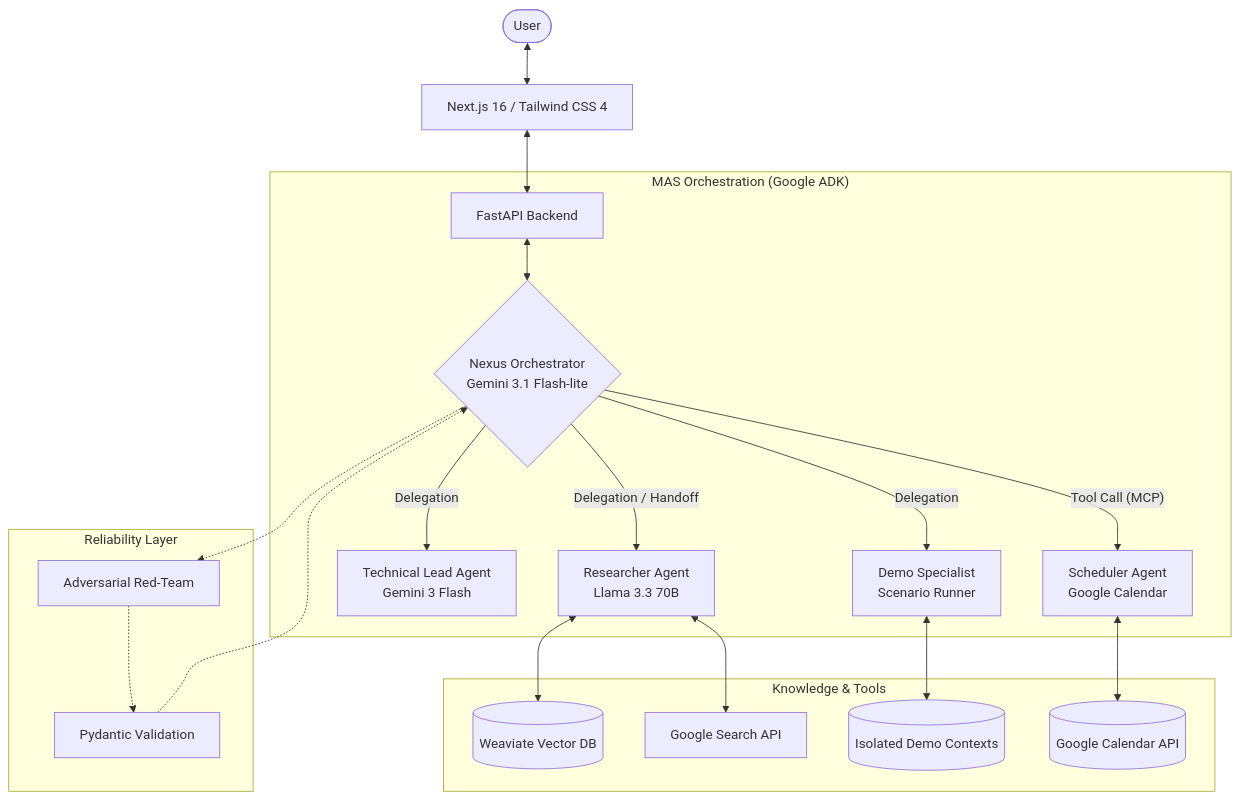
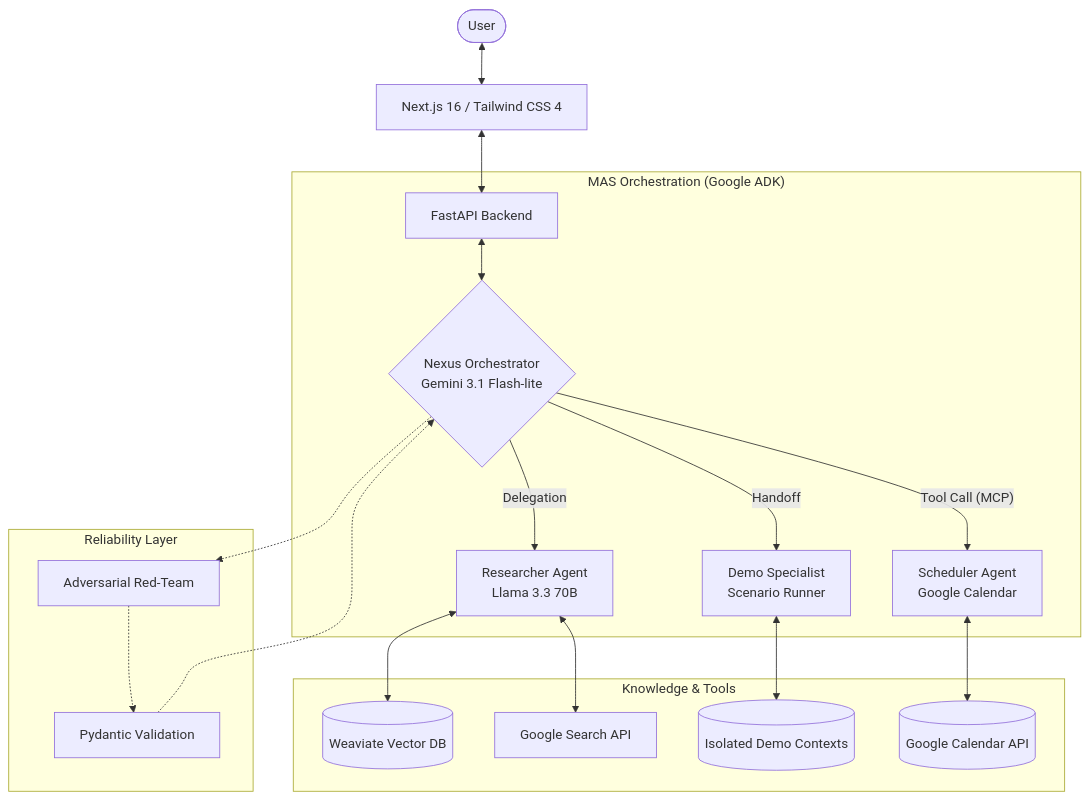
Before and after one commit to Hou-dini/project-mirror-overview: the diagram in README.md, drawn with Mermaid. The commit also changed other lines of this file, not shown here.

Commit message:
Revise MAS orchestration and update agent descriptions
Updated the delegation and handoff relationships in the MAS orchestration diagram. Removed the Technical Agent description.

````diff
--- a/README.md
+++ b/README.md
@@ -23,26 +23,25 @@
 ```mermaid
 graph TD
     User([User]) <--> Frontend[Next.js 16 / Tailwind CSS 4]
     Frontend <--> API[FastAPI Backend]
     
     subgraph "MAS Orchestration (Google ADK)"
         API <--> Nexus{Nexus Orchestrator<br/>Gemini 3.1 Flash-lite}
-        Nexus -- "Delegation / Handoff" --> Researcher[Researcher Agent<br/>Llama 3.3 70B]
-        Nexus -- "Delegation" --> TechLead[Technical Lead Agent<br/>Gemini 3 Flash]
-        Nexus -- "Delegation" --> DemoSpec[Demo Specialist<br/>Scenario Runner]
+        Nexus -- "Delegation" --> Researcher[Researcher Agent<br/>Llama 3.3 70B]
+        Nexus -- "Handoff" --> DemoSpec[Demo Specialist<br/>Scenario Runner]
         Nexus -- "Tool Call (MCP)" --> Scheduler[Scheduler Agent<br/>Google Calendar]
     end
 
     subgraph "Knowledge & Tools"
         Researcher <--> VectorDB[(Weaviate Vector DB)]
         Researcher <--> Search[Google Search API]
         DemoSpec <--> MockData[(Isolated Demo Contexts)]
         Scheduler <--> Calendar[(Google Calendar API)]
     end
 
     subgraph "Reliability Layer"
         Nexus -.-> RedTeam[Adversarial Red-Team]
         RedTeam -.-> Guardrails[Pydantic Validation]
         Guardrails -.-> Nexus
     end
 ```
````
